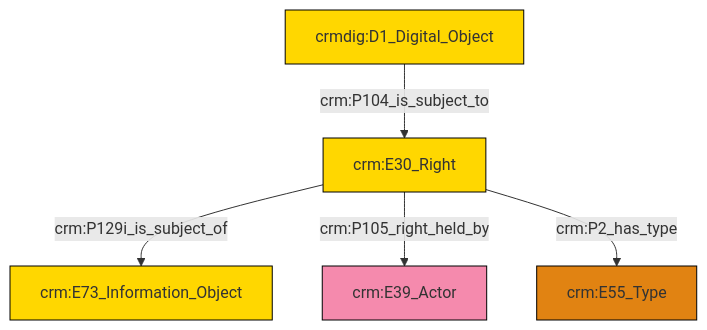
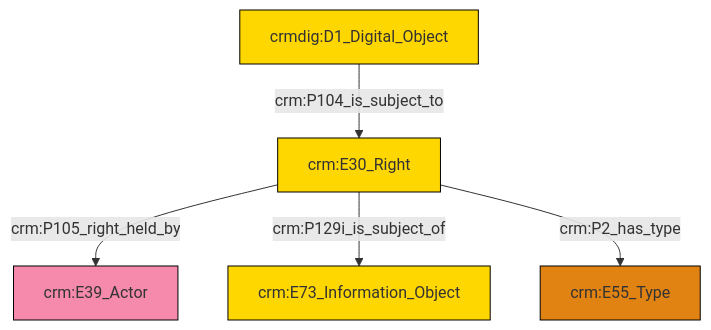
The diagram in et/doCSV/ttl/mmd/do_rights.ttl.mmd (swiss-art-research-net/docs.swissartresearch), drawn with Mermaid before and after one commit. The commit also changed 177 other files, not shown here.

```diff
--- a/et/doCSV/ttl/mmd/do_rights.ttl.mmd
+++ b/et/doCSV/ttl/mmd/do_rights.ttl.mmd
@@ -1,19 +1,19 @@
 graph TD
 classDef Literal fill:#f2f2f2,stroke:#000000;
 classDef CRM_Entity fill:#FFFFFF,stroke:#000000;
 classDef Temporal_Entity fill:#00C9E6, stroke:#000000;
 classDef Type fill:#E18312, stroke:#000000;
 classDef Time-Span fill:#2C9C91, stroke:#000000;
 classDef Appellation fill:#FFEB7F, stroke:#000000;
 classDef Place fill:#008836, stroke:#000000;
 classDef Persistent_Item fill:#B266B2, stroke:#000000;
 classDef Conceptual_Object fill:#FFD700, stroke:#000000;
 classDef Physical_Thing fill:#D2B48C, stroke:#000000;
 classDef Actor fill:#f58aad, stroke:#000000;
 classDef PC_Classes fill:#4ce600, stroke:#000000;
 classDef Multi fill:#cccccc,stroke:#000000;
 
-0["crm:E30_Right"]:::Conceptual_Object -->|crm:P129i_is_subject_of| 1["crm:E73_Information_Object"]:::Conceptual_Object
-2["crmdig:D1_Digital_Object"]:::Conceptual_Object -->|crm:P104_is_subject_to| 0["crm:E30_Right"]:::Conceptual_Object
-0["crm:E30_Right"]:::Conceptual_Object -->|crm:P105_right_held_by| 4["crm:E39_Actor"]:::Actor
-0["crm:E30_Right"]:::Conceptual_Object -->|crm:P2_has_type| 7["crm:E55_Type"]:::Type
+0["crm:E30_Right"]:::Conceptual_Object -->|crm:P105_right_held_by| 1["crm:E39_Actor"]:::Actor
+0["crm:E30_Right"]:::Conceptual_Object -->|crm:P129i_is_subject_of| 2["crm:E73_Information_Object"]:::Conceptual_Object
+0["crm:E30_Right"]:::Conceptual_Object -->|crm:P2_has_type| 6["crm:E55_Type"]:::Type
+3["crmdig:D1_Digital_Object"]:::Conceptual_Object -->|crm:P104_is_subject_to| 0["crm:E30_Right"]:::Conceptual_Object
```
